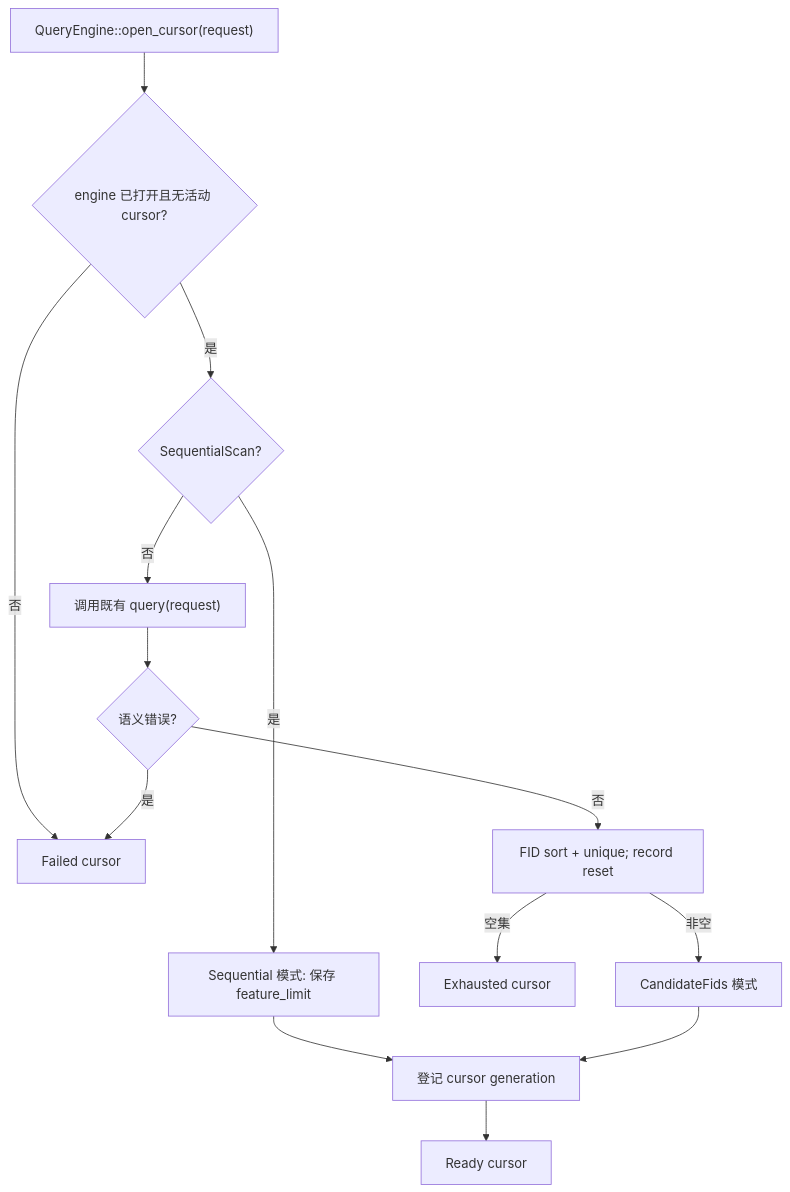
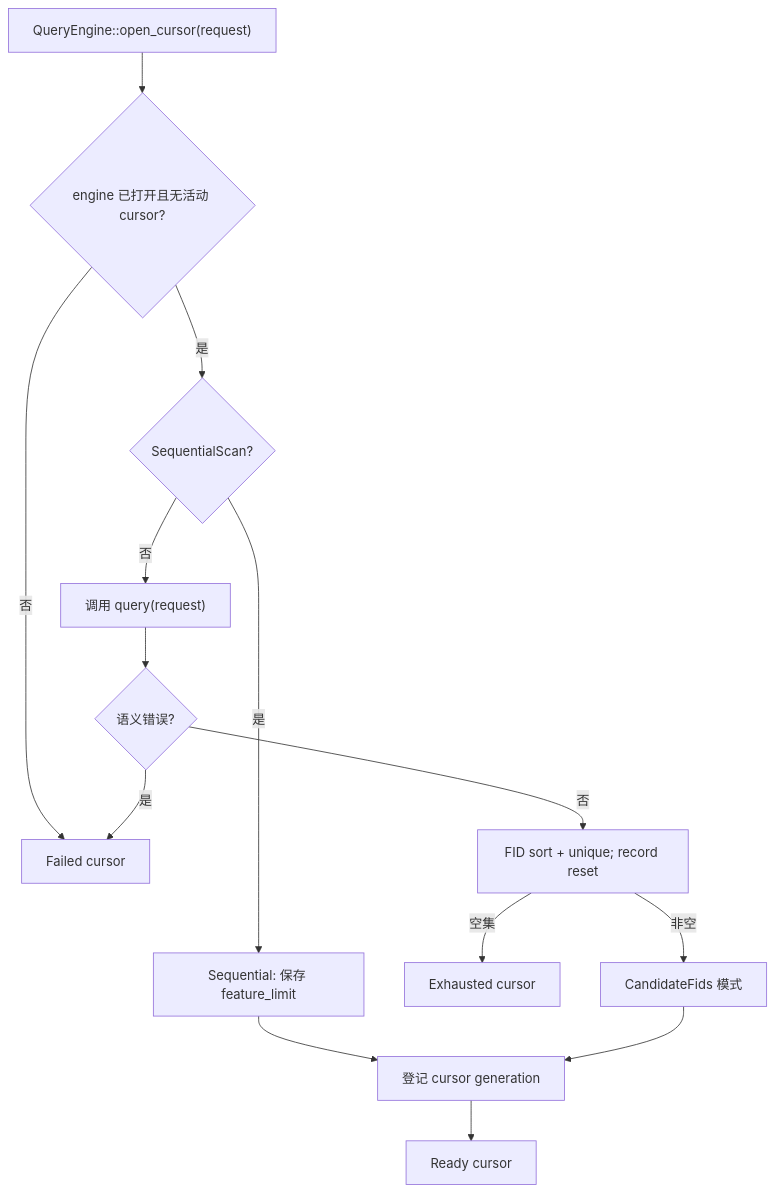
Before and after one commit to EdgarLQS/fast-gdb: the fourth of 6 diagrams in src/edgar/explorgdb/reader/QUERY_FLOW.md, drawn with Mermaid. The commit also changed other lines of this file, not shown here.

Commit message:
docs(reader): document WKB-first query and feature flow

````diff
--- a/src/edgar/explorgdb/reader/QUERY_FLOW.md
+++ b/src/edgar/explorgdb/reader/QUERY_FLOW.md
@@ -60,16 +82,16 @@
 ```mermaid
 flowchart TD
     OPEN["QueryEngine::open_cursor(request)"] --> ENGINE{"engine 已打开且无活动 cursor?"}
     ENGINE -->|否| FAILED["Failed cursor"]
     ENGINE -->|是| KIND{"SequentialScan?"}
-    KIND -->|是| STREAM["Sequential 模式: 保存 feature_limit"]
-    KIND -->|否| PLAN["调用既有 query(request)"]
+    KIND -->|是| STREAM["Sequential: 保存 feature_limit"]
+    KIND -->|否| PLAN["调用 query(request)"]
     PLAN --> INVALID{"语义错误?"}
     INVALID -->|是| FAILED
     INVALID -->|否| FIDS["FID sort + unique; record reset"]
     FIDS -->|空集| EOF["Exhausted cursor"]
     FIDS -->|非空| CANDIDATE["CandidateFids 模式"]
     STREAM --> LEASE["登记 cursor generation"]
     CANDIDATE --> LEASE
     LEASE --> READY["Ready cursor"]
 ```
````
